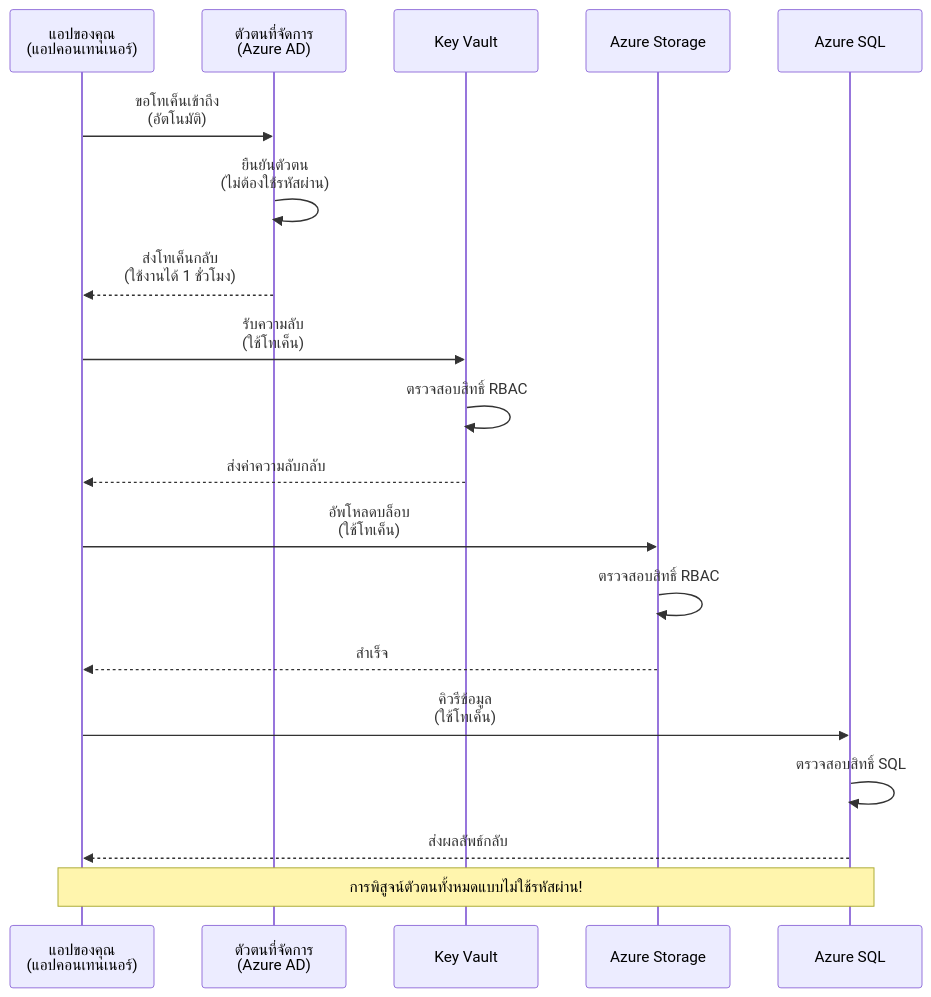
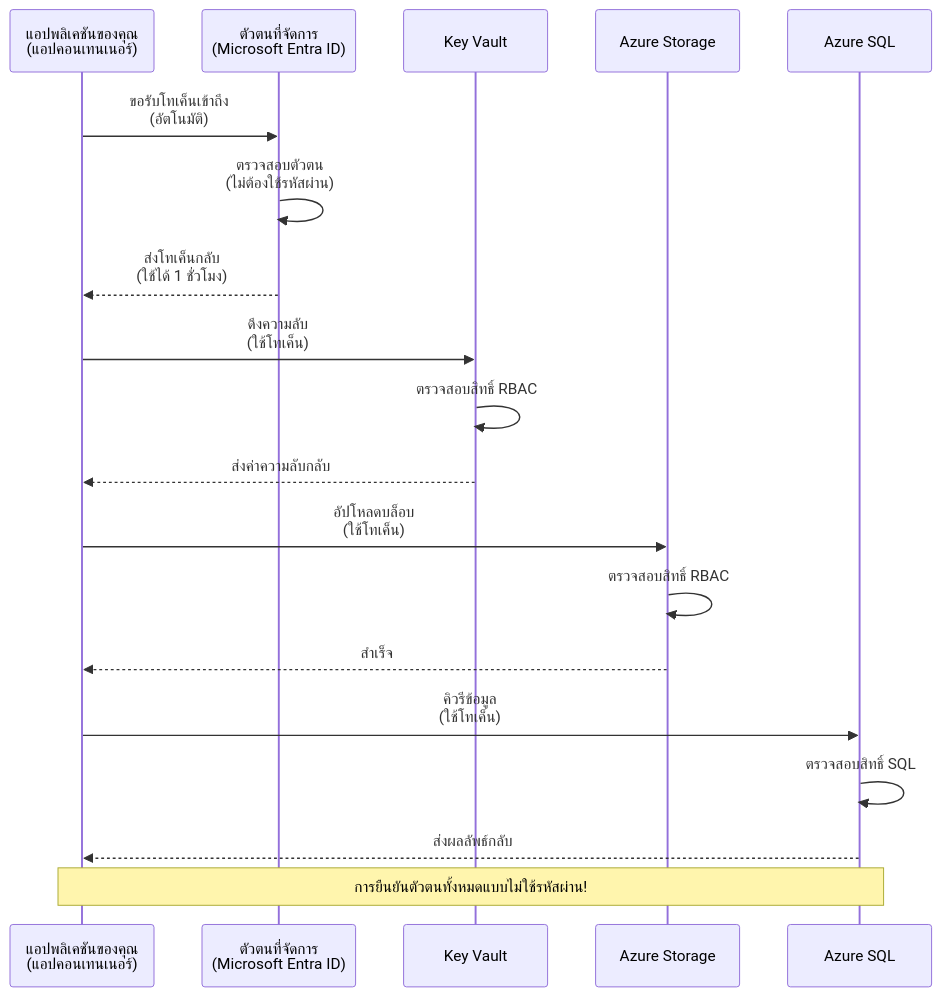
The first of 2 diagrams in translations/th/docs/chapter-03-configuration/authsecurity.md (microsoft/AZD-for-beginners), drawn with Mermaid before and after one commit. The commit also changed other lines of this file and 104 other files, not shown here.

````diff
--- a/translations/th/docs/chapter-03-configuration/authsecurity.md
+++ b/translations/th/docs/chapter-03-configuration/authsecurity.md
@@ -69,26 +69,26 @@
 ```mermaid
 sequenceDiagram
-    participant App as แอปของคุณ<br/>(แอปคอนเทนเนอร์)
-    participant MI as ตัวตนที่จัดการ<br/>(Azure AD)
+    participant App as แอปพลิเคชันของคุณ<br/>(แอปคอนเทนเนอร์)
+    participant MI as ตัวตนที่จัดการ<br/>(Microsoft Entra ID)
     participant KV as Key Vault
     participant Storage as Azure Storage
     participant DB as Azure SQL
     
-    App->>MI: ขอโทเค็นเข้าถึง<br/>(อัตโนมัติ)
-    MI->>MI: ยืนยันตัวตน<br/>(ไม่ต้องใช้รหัสผ่าน)
-    MI-->>App: ส่งโทเค็นกลับ<br/>(ใช้งานได้ 1 ชั่วโมง)
+    App->>MI: ขอรับโทเค็นเข้าถึง<br/>(อัตโนมัติ)
+    MI->>MI: ตรวจสอบตัวตน<br/>(ไม่ต้องใช้รหัสผ่าน)
+    MI-->>App: ส่งโทเค็นกลับ<br/>(ใช้ได้ 1 ชั่วโมง)
     
-    App->>KV: รับความลับ<br/>(ใช้โทเค็น)
+    App->>KV: ดึงความลับ<br/>(ใช้โทเค็น)
     KV->>KV: ตรวจสอบสิทธิ์ RBAC
     KV-->>App: ส่งค่าความลับกลับ
     
-    App->>Storage: อัพโหลดบล็อบ<br/>(ใช้โทเค็น)
+    App->>Storage: อัปโหลดบล็อบ<br/>(ใช้โทเค็น)
     Storage->>Storage: ตรวจสอบสิทธิ์ RBAC
     Storage-->>App: สำเร็จ
     
     App->>DB: คิวรีข้อมูล<br/>(ใช้โทเค็น)
     DB->>DB: ตรวจสอบสิทธิ์ SQL
     DB-->>App: ส่งผลลัพธ์กลับ
     
-    Note over App,DB: การพิสูจน์ตัวตนทั้งหมดแบบไม่ใช้รหัสผ่าน!
+    Note over App,DB: การยืนยันตัวตนทั้งหมดแบบไม่ใช้รหัสผ่าน!
 ```
````
